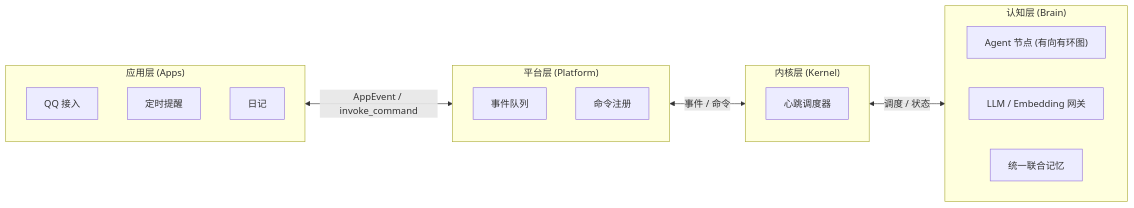
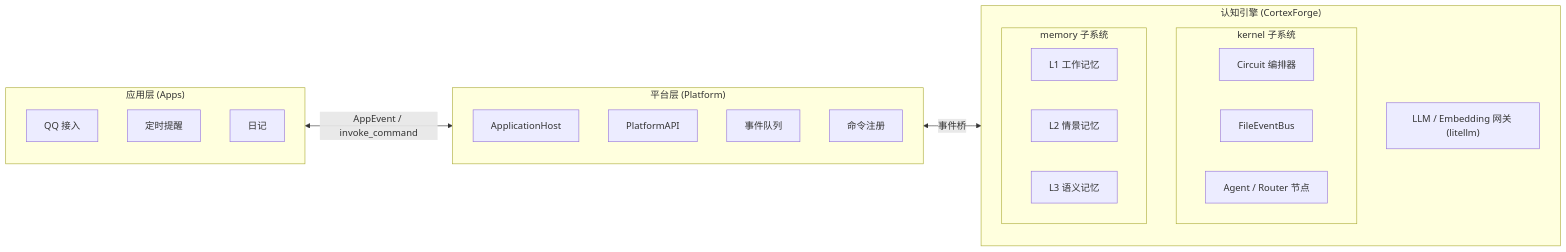
The diagram in README.md (AuroraBot-Dev/AuroraBot), drawn with Mermaid before and after one commit. The commit also changed other lines of this file and 2 other files, not shown here.

````diff
--- a/README.md
+++ b/README.md
@@ -38,28 +41,36 @@
 ```mermaid
 flowchart LR
     subgraph APPS["应用层 (Apps)"]
+        direction TB
         QQ["QQ 接入"]
         ALARM["定时提醒"]
         DIARY["日记"]
     end
 
     subgraph PLATFORM["平台层 (Platform)"]
+        direction TB
+        HOST["ApplicationHost"]
+        API["PlatformAPI"]
         EVENTS["事件队列"]
         CMDS["命令注册"]
     end
 
-    subgraph KERNEL["内核层 (Kernel)"]
-        SCHEDULER["心跳调度器"]
-    end
-
-    subgraph BRAIN["认知层 (Brain)"]
-        direction LR
-        NODES["Agent 节点 (有向有环图)"]
-        GATEWAY["LLM / Embedding 网关"]
-        MEMORY["统一联合记忆"]
+    subgraph BRAIN["认知引擎 (CortexForge)"]
+        subgraph KERNEL["kernel 子系统"]
+            direction LR
+            CIRCUIT["Circuit 编排器"]
+            BUS["FileEventBus"]
+            NODES["Agent / Router 节点"]
+        end
+        subgraph MEMORY["memory 子系统"]
+            direction LR
+            L1["L1 工作记忆"]
+            L2["L2 情景记忆"]
+            L3["L3 语义记忆"]
+        end
+        GATEWAY["LLM / Embedding 网关 (litellm)"]
     end
 
     APPS <-->|"AppEvent / invoke_command"| PLATFORM
-    PLATFORM <-->|"事件 / 命令"| KERNEL
-    KERNEL <-->|"调度 / 状态"| BRAIN
+    PLATFORM <-->|"事件桥"| BRAIN
 ```
````
